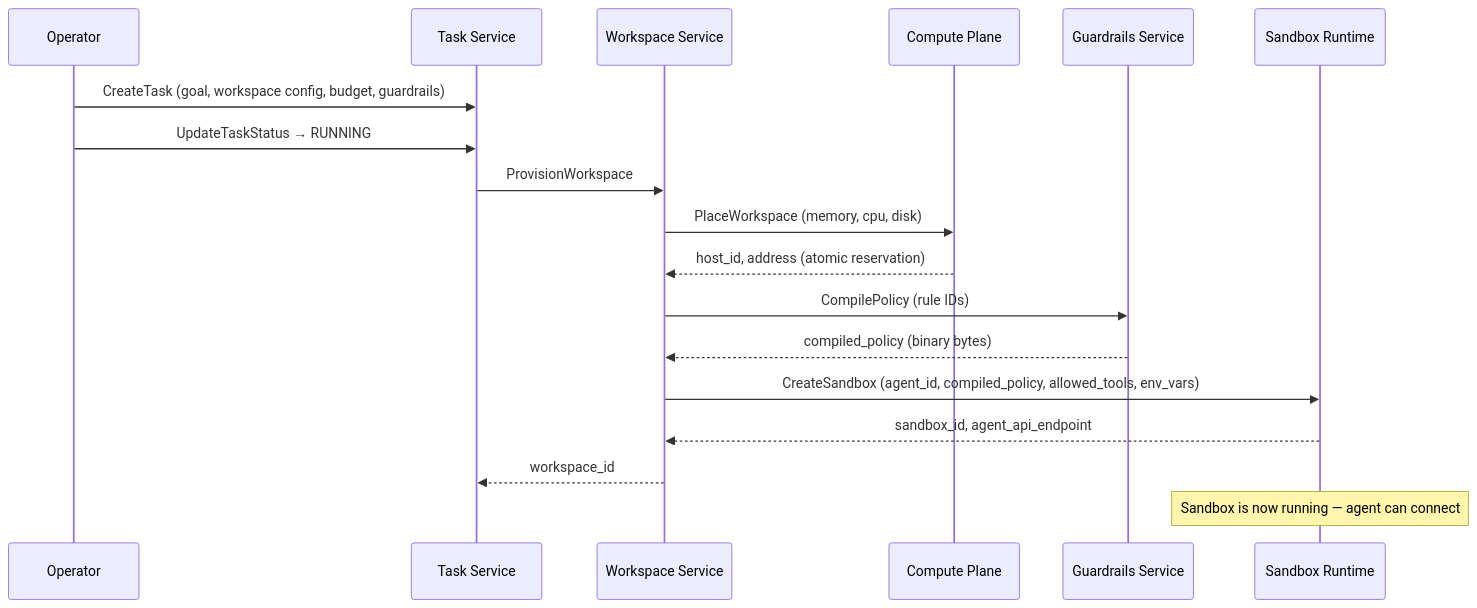
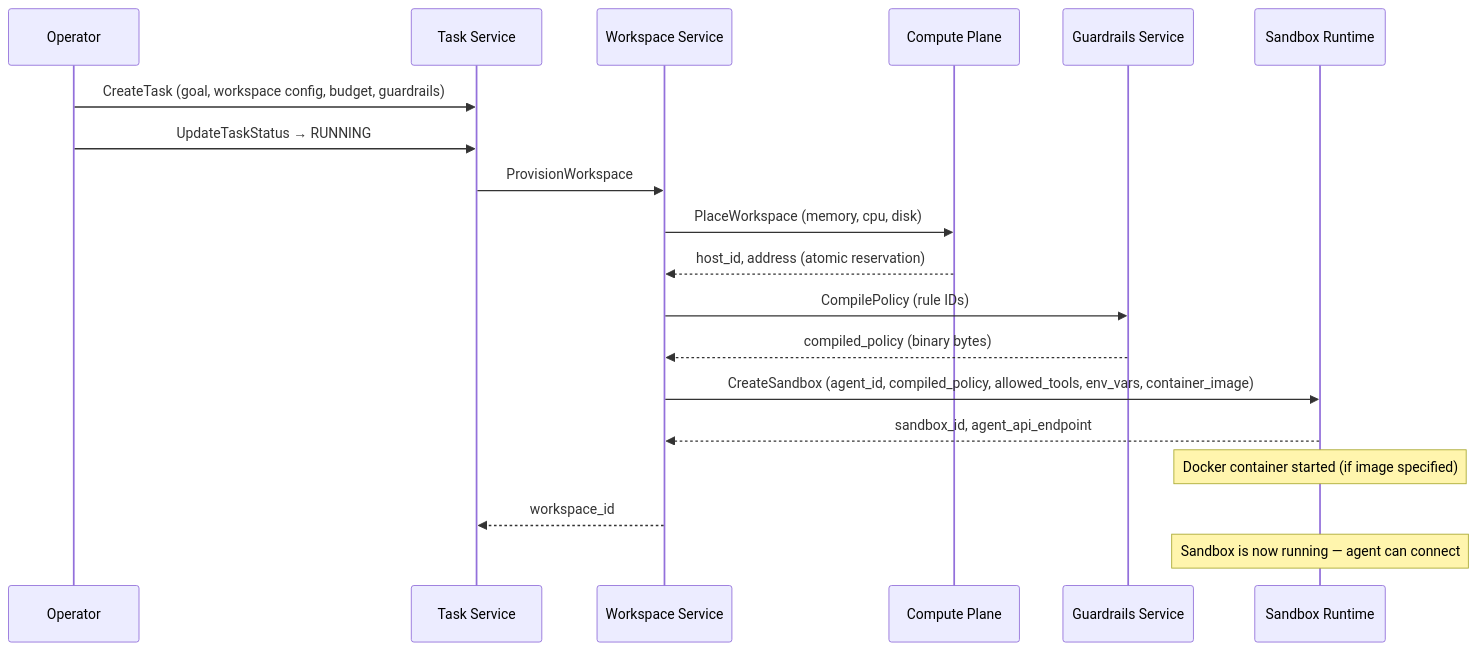
The second of 4 diagrams in README.md (Baselyne-Systems/agent-sandbox-platform), drawn with Mermaid before and after one commit. The commit also changed other lines of this file and 30 other files, not shown here.

````diff
--- a/README.md
+++ b/README.md
@@ -69,23 +71,24 @@
 ```mermaid
 sequenceDiagram
     participant Op as Operator
     participant Task as Task Service
     participant WS as Workspace Service
     participant Compute as Compute Plane
     participant Guard as Guardrails Service
     participant RT as Sandbox Runtime
 
     Op->>Task: CreateTask (goal, workspace config, budget, guardrails)
     Op->>Task: UpdateTaskStatus → RUNNING
 
     Task->>WS: ProvisionWorkspace
     WS->>Compute: PlaceWorkspace (memory, cpu, disk)
     Compute-->>WS: host_id, address (atomic reservation)
     WS->>Guard: CompilePolicy (rule IDs)
     Guard-->>WS: compiled_policy (binary bytes)
-    WS->>RT: CreateSandbox (agent_id, compiled_policy, allowed_tools, env_vars)
+    WS->>RT: CreateSandbox (agent_id, compiled_policy, allowed_tools, env_vars, container_image)
     RT-->>WS: sandbox_id, agent_api_endpoint
+    Note over RT: Docker container started (if image specified)
     WS-->>Task: workspace_id
 
     Note over RT: Sandbox is now running — agent can connect
 ```
````
